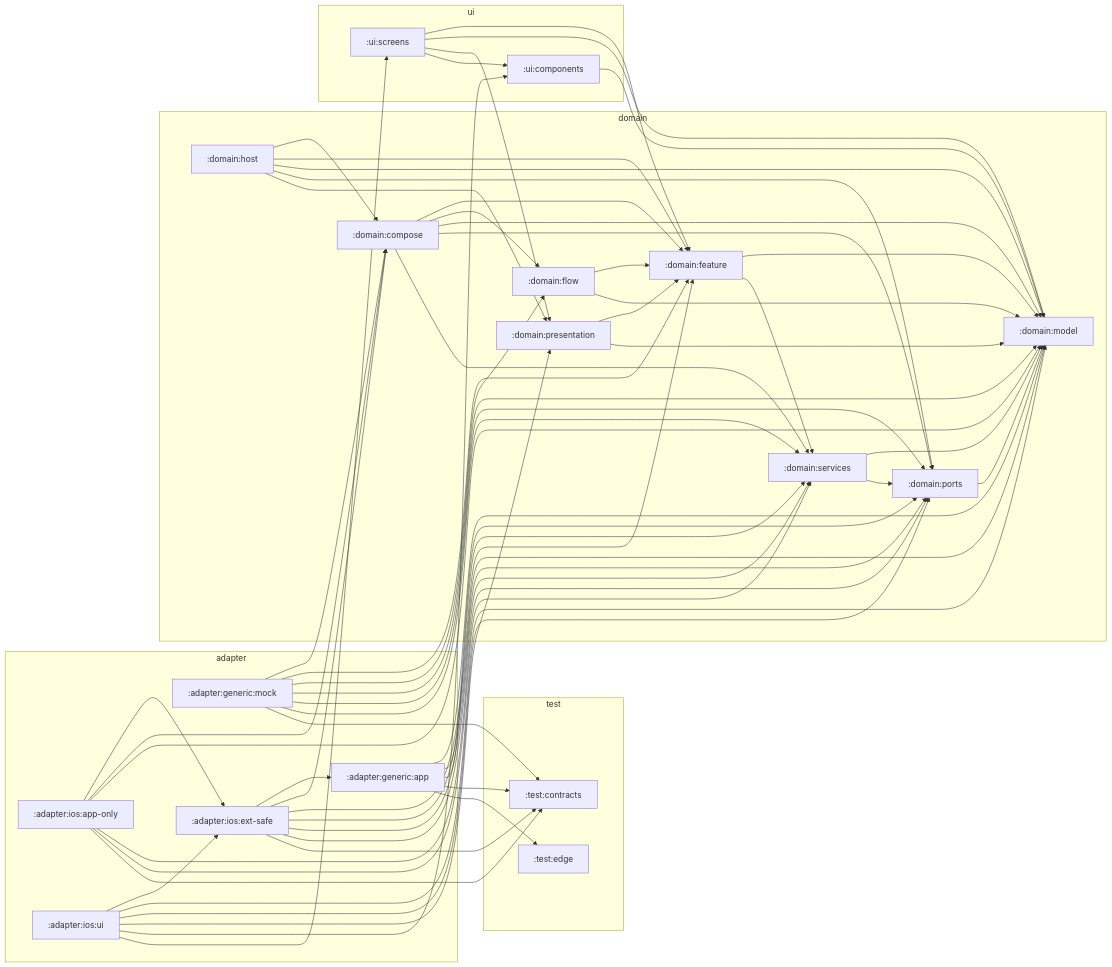
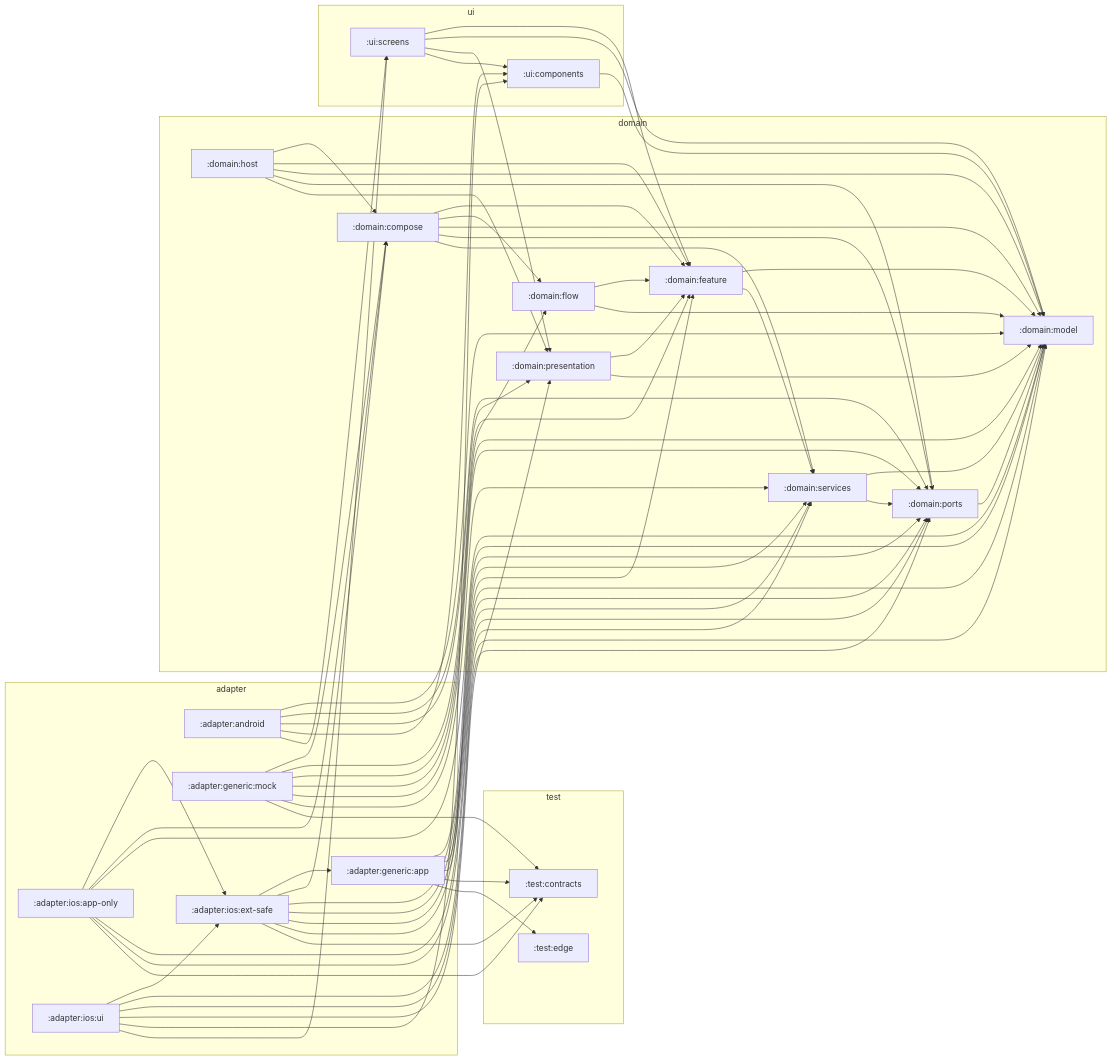
The diagram in architecture/zones.md (stefanhoelzl/SnapSync), drawn with Mermaid before and after one commit. The commit also changed 47 other files, not shown here.

````diff
--- a/architecture/zones.md
+++ b/architecture/zones.md
@@ -8,6 +8,7 @@
 ```mermaid
 flowchart LR
   subgraph adapter
+    adapter_android[":adapter:android"]
     adapter_generic_app[":adapter:generic:app"]
     adapter_generic_mock[":adapter:generic:mock"]
     adapter_ios_app_only[":adapter:ios:app-only"]
@@ -32,6 +33,11 @@
     ui_components[":ui:components"]
     ui_screens[":ui:screens"]
   end
+  adapter_android --> domain_model
+  adapter_android --> domain_ports
+  adapter_android --> domain_presentation
+  adapter_android --> ui_components
+  adapter_android --> ui_screens
   adapter_generic_app --> domain_model
   adapter_generic_app --> domain_ports
   adapter_generic_app --> domain_services
````
